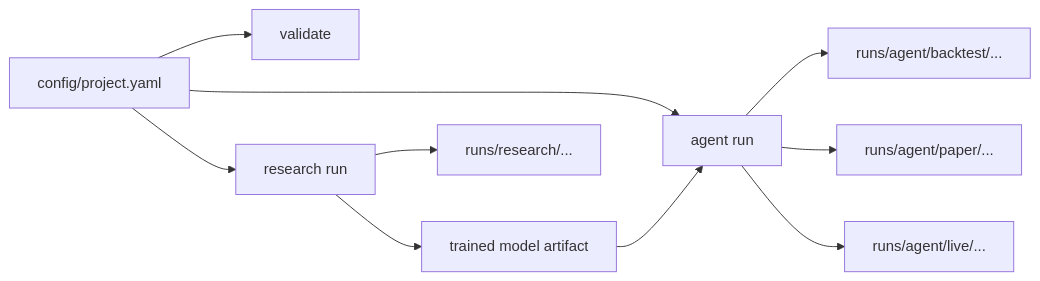
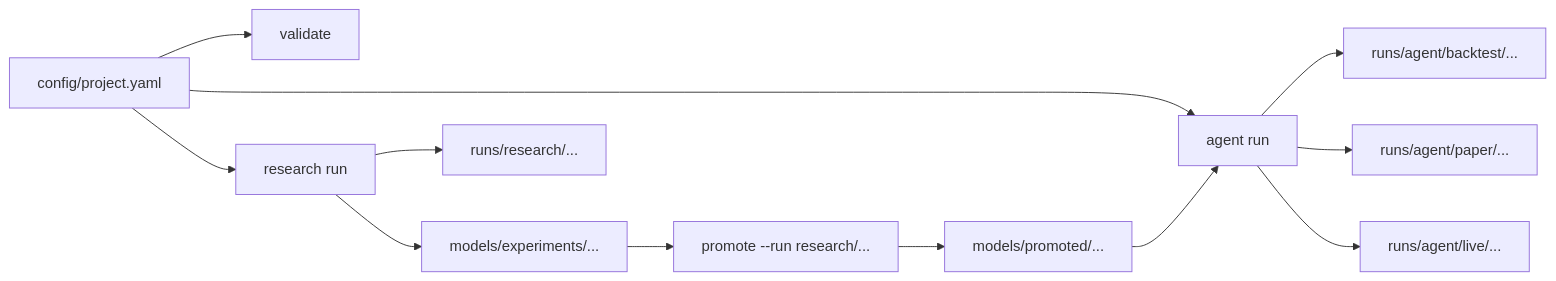
The diagram in README.md (AKKI0511/QuantTradeAI), drawn with Mermaid before and after one commit. The commit also changed other lines of this file and 14 other files, not shown here.

Commit message:
add research model promotion workflow

````diff
--- a/README.md
+++ b/README.md
@@ -42,12 +42,14 @@
 ```mermaid
 flowchart LR
     A["config/project.yaml"] --> B["validate"]
     A --> C["research run"]
     A --> D["agent run"]
-    C --> E["trained model artifact"]
-    E --> D
-    C --> F["runs/research/..."]
-    D --> G["runs/agent/backtest/..."]
-    D --> H["runs/agent/paper/..."]
-    D --> I["runs/agent/live/..."]
+    C --> E["models/experiments/..."]
+    E --> F["promote --run research/..."]
+    F --> G["models/promoted/..."]
+    G --> D
+    C --> K["runs/research/..."]
+    D --> H["runs/agent/backtest/..."]
+    D --> I["runs/agent/paper/..."]
+    D --> J["runs/agent/live/..."]
 ```
````
